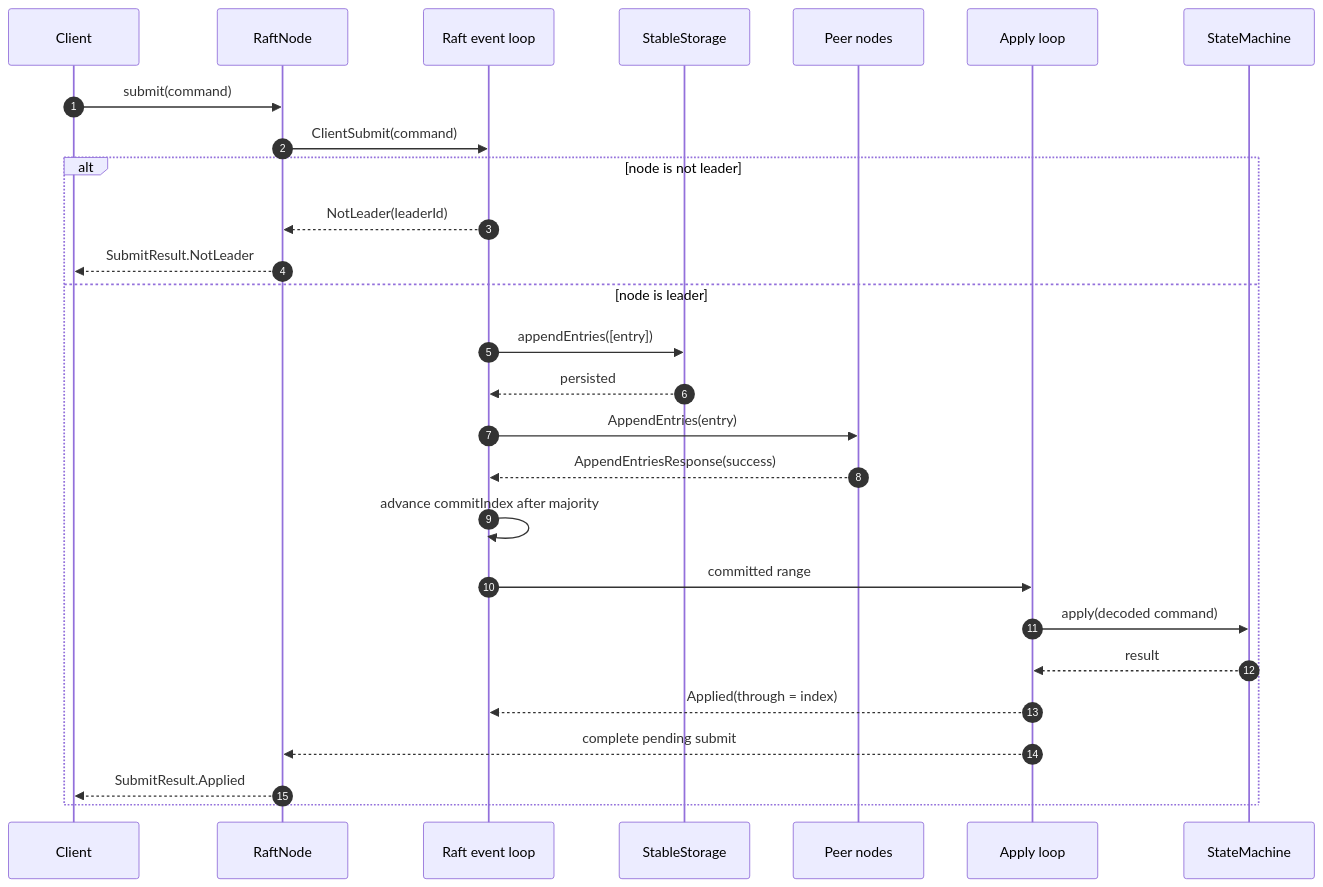
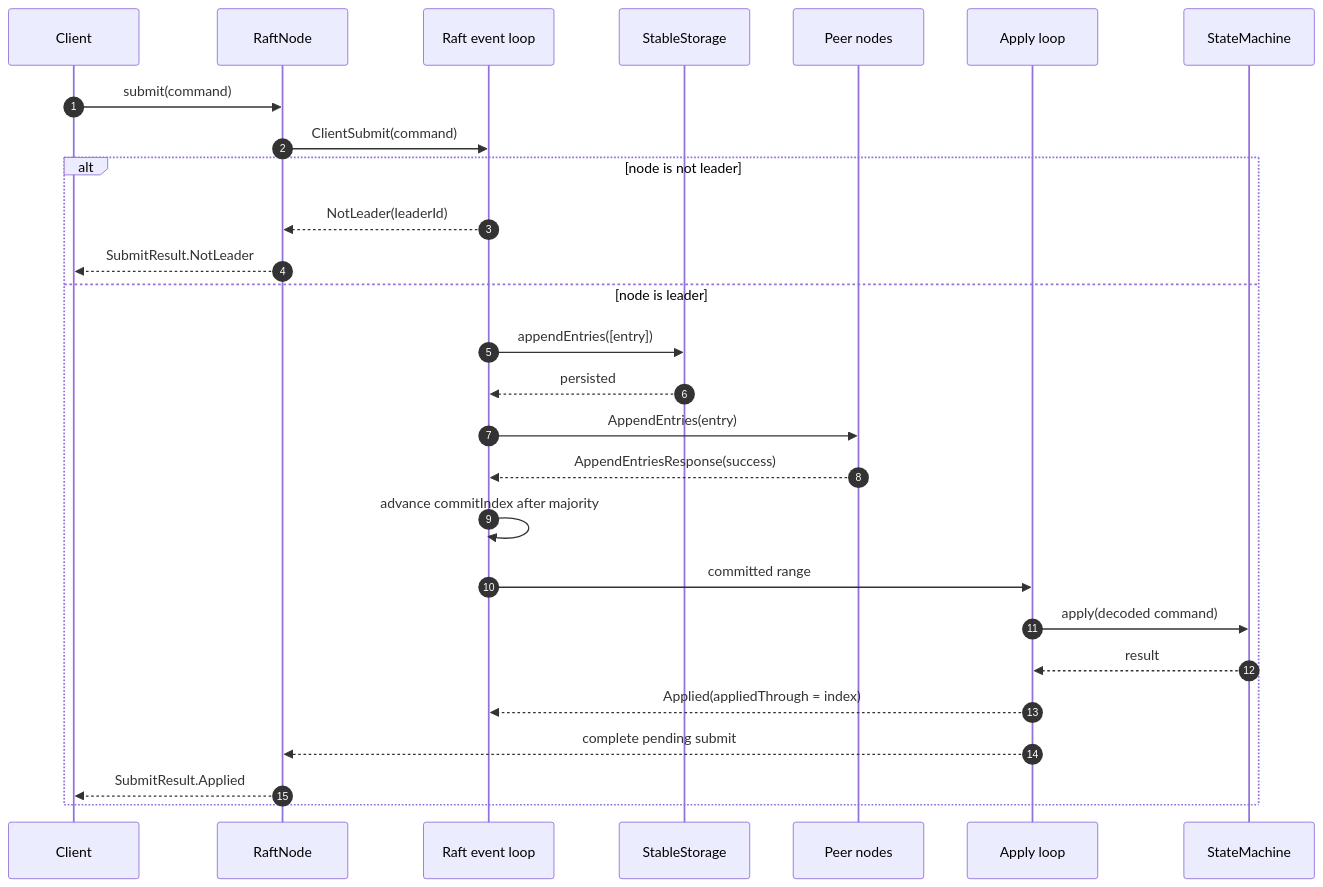
The first of 4 diagrams in docs/design.md (hondaya14/raft-kotlin), drawn with Mermaid before and after one commit. The commit also changed other lines of this file and 24 other files, not shown here.

````diff
--- a/docs/design.md
+++ b/docs/design.md
@@ -112,30 +118,30 @@
 ```mermaid
 sequenceDiagram
     autonumber
     participant Client
     participant Node as RaftNode
     participant RaftLoop as Raft event loop
     participant Storage as StableStorage
     participant Peers as Peer nodes
     participant Apply as Apply loop
     participant SM as StateMachine
 
     Client->>Node: submit(command)
     Node->>RaftLoop: ClientSubmit(command)
     alt node is not leader
         RaftLoop-->>Node: NotLeader(leaderId)
         Node-->>Client: SubmitResult.NotLeader
     else node is leader
         RaftLoop->>Storage: appendEntries([entry])
         Storage-->>RaftLoop: persisted
         RaftLoop->>Peers: AppendEntries(entry)
         Peers-->>RaftLoop: AppendEntriesResponse(success)
         RaftLoop->>RaftLoop: advance commitIndex after majority
         RaftLoop->>Apply: committed range
         Apply->>SM: apply(decoded command)
         SM-->>Apply: result
-        Apply-->>RaftLoop: Applied(through = index)
+        Apply-->>RaftLoop: Applied(appliedThrough = index)
         Apply-->>Node: complete pending submit
         Node-->>Client: SubmitResult.Applied
     end
 ```
````
